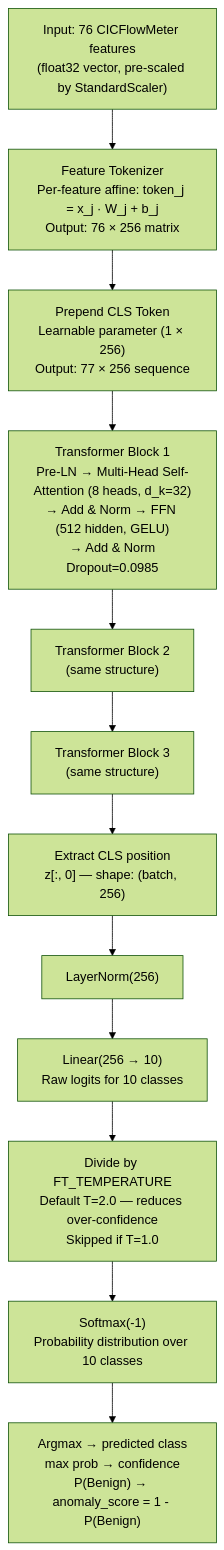
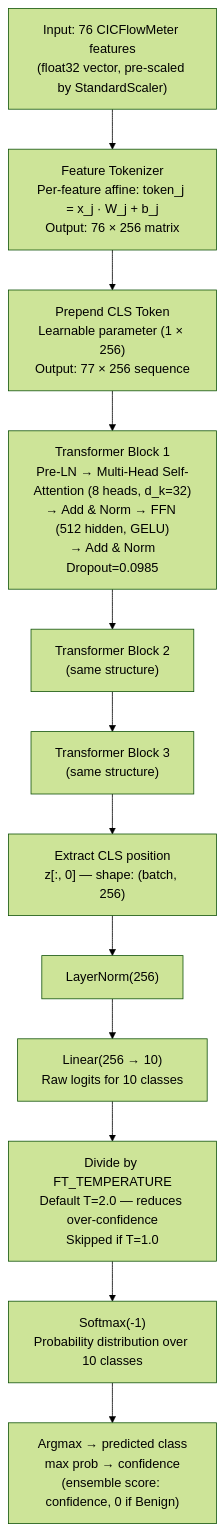
One commit to RobertoDeLaCamara/Cognitive-Intrusion-Detection-System changed the diagram in doc/ft_transformer_architecture.md. Above: the diagram before and after it, drawn with Mermaid (forest theme). The commit also changed other lines of this file, not shown here.

Commit message:
docs(ft-transformer): the ensemble uses the predicted-class confidence; note the stale metadata file

````diff
--- a/doc/ft_transformer_architecture.md
+++ b/doc/ft_transformer_architecture.md
@@ -94,27 +94,27 @@
 ```mermaid
 flowchart TD
     A["Input: 76 CICFlowMeter features\n(float32 vector, pre-scaled by StandardScaler)"]
     B["Feature Tokenizer\nPer-feature affine: token_j = x_j · W_j + b_j\nOutput: 76 × 256 matrix"]
     C["Prepend CLS Token\nLearnable parameter (1 × 256)\nOutput: 77 × 256 sequence"]
     D1["Transformer Block 1\nPre-LN → Multi-Head Self-Attention (8 heads, d_k=32)\n→ Add & Norm → FFN (512 hidden, GELU)\n→ Add & Norm\nDropout=0.0985"]
     D2["Transformer Block 2\n(same structure)"]
     D3["Transformer Block 3\n(same structure)"]
     E["Extract CLS position\nz[:, 0] — shape: (batch, 256)"]
     F["LayerNorm(256)"]
     G["Linear(256 → 10)\nRaw logits for 10 classes"]
     H["Divide by FT_TEMPERATURE\nDefault T=2.0 — reduces over-confidence\nSkipped if T=1.0"]
     I["Softmax(-1)\nProbability distribution over 10 classes"]
-    J["Argmax → predicted class\nmax prob → confidence\nP(Benign) → anomaly_score = 1 - P(Benign)"]
+    J["Argmax → predicted class\nmax prob → confidence\n(ensemble score: confidence, 0 if Benign)"]
 
     A --> B
     B --> C
     C --> D1
     D1 --> D2
     D2 --> D3
     D3 --> E
     E --> F
     F --> G
     G --> H
     H --> I
     I --> J
 ```
````
